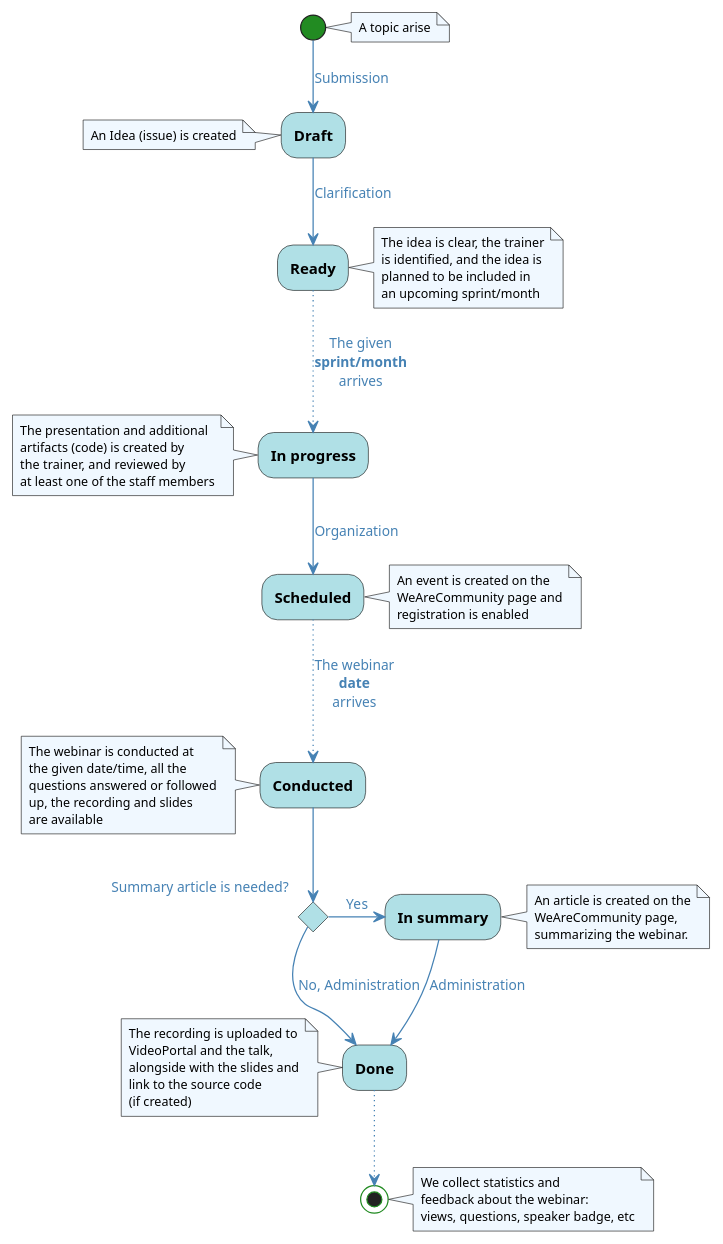
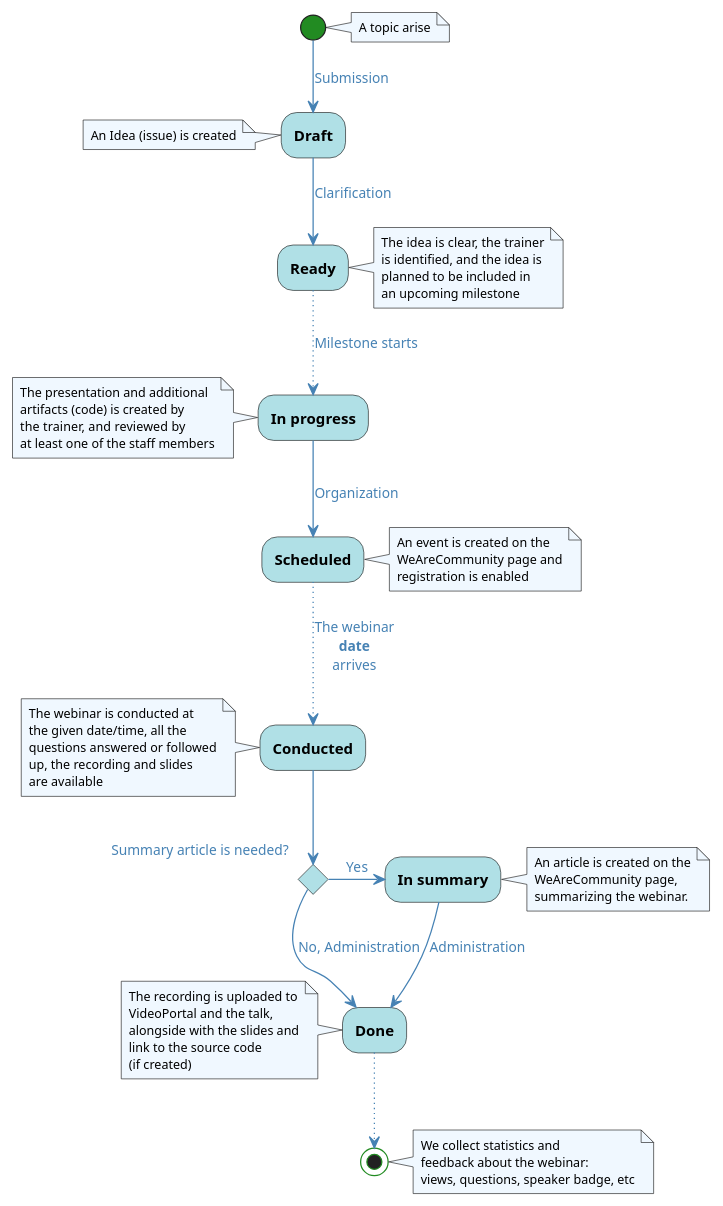
One commit to Idea-Pool/topics changed the diagram in docs/uml/format_webinar.puml. Above: the diagram before and after it, drawn with PlantUML. The commit also changed 5 other files, not shown here.

```diff
--- a/docs/uml/format_webinar.puml
+++ b/docs/uml/format_webinar.puml
@@ -1,83 +1,83 @@
 @startuml Webinar Format Process
 
 skinparam defaultFontName Ubuntu Light
 skinparam backgroundColor transparent
 
 skinparam activity {
     BackgroundColor PowderBlue
     StartColor ForestGreen
     EndColor ForestGreen
     FontStyle bold
 }
 
 skinparam arrow {
     Color SteelBlue
     FontColor SteelBlue
 }
 
 skinparam note {
     BackgroundColor AliceBlue
     FontSize 10
 }
 
 note right
     A topic arise
 end note
 (*) -->[Submission] Draft
 note left
     An Idea (issue) is created
 end note
 -->[Clarification] Ready
 note right
     The idea is clear, the trainer
     is identified, and the idea is
     planned to be included in
-    an upcoming sprint/month
+    an upcoming milestone
 end note
-..>[The given\n**sprint/month**\narrives] In progress
+..>[Milestone starts] In progress
 note left
     The presentation and additional
     artifacts (code) is created by
     the trainer, and reviewed by
     at least one of the staff members
 end note
 -->[Organization] Scheduled
 note right
     An event is created on the
     WeAreCommunity page and
     registration is enabled
 end note
 ..>[The webinar\n**date**\narrives] Conducted
 note left
     The webinar is conducted at
     the given date/time, all the
     questions answered or followed
     up, the recording and slides
     are available
 end note
 if "Summary article is needed?" then
     -right->[Yes] In summary
     note right
         An article is created on the
         WeAreCommunity page,
         summarizing the webinar.
     end note
     -->[Administration] Done
 else
     -->[No, Administration] Done
 endif
 note left
     The recording is uploaded to
     VideoPortal and the talk,
     alongside with the slides and
     link to the source code
     (if created)
 end note
 ..> (*)
 note right
     We collect statistics and
     feedback about the webinar:
     views, questions, speaker badge, etc
 end note
 
 @enduml
```
